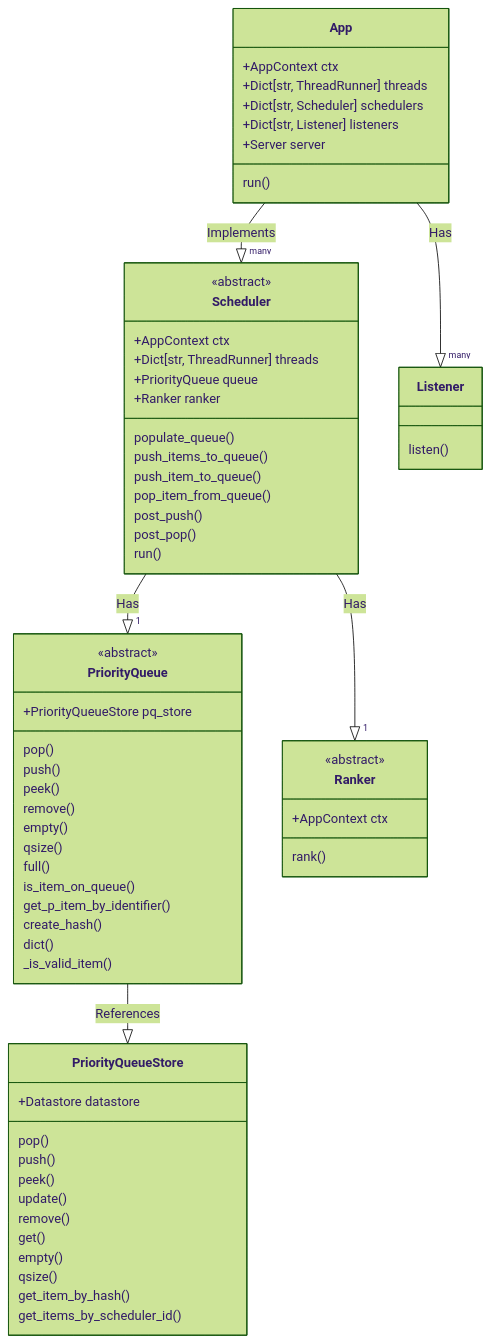
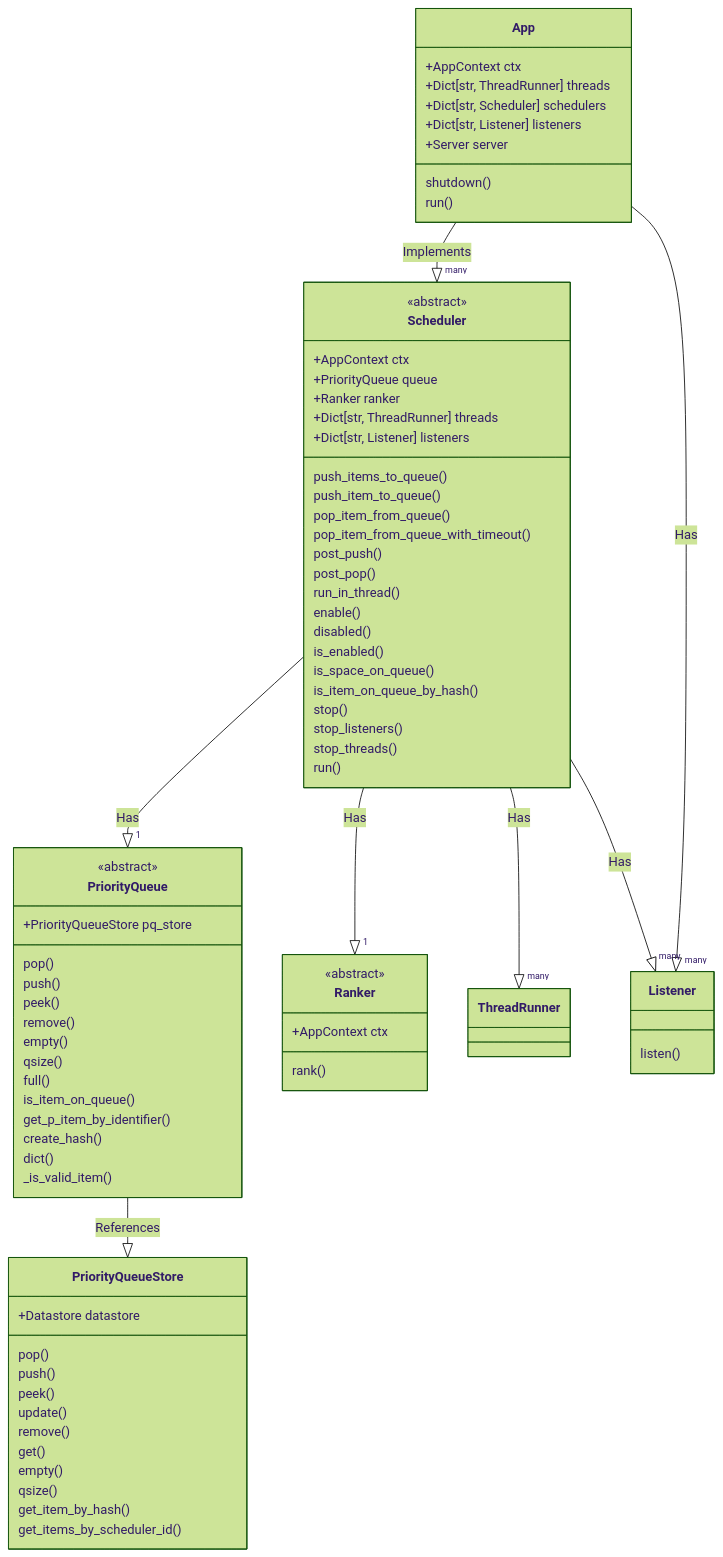
The eighth of 8 diagrams in mula/docs/architecture.md (minvws/nl-kat-coordination), drawn with Mermaid (forest theme) before and after one commit. The commit also changed other lines of this file and 2 other files, not shown here.

Commit message:
Update arch doc and docstrings

````diff
--- a/mula/docs/architecture.md
+++ b/mula/docs/architecture.md
@@ -504,21 +504,32 @@
         +Dict[str, Scheduler] schedulers
         +Dict[str, Listener] listeners
         +Server server
+        shutdown()
         run()
     }
 
     class Scheduler {
         <<abstract>>
         +AppContext ctx
-        +Dict[str, ThreadRunner] threads
         +PriorityQueue queue
         +Ranker ranker
-        populate_queue()
+        +Dict[str, ThreadRunner] threads
+        +Dict[str, Listener] listeners
         push_items_to_queue()
         push_item_to_queue()
         pop_item_from_queue()
+        pop_item_from_queue_with_timeout()
         post_push()
         post_pop()
+        run_in_thread()
+        enable()
+        disabled()
+        is_enabled()
+        is_space_on_queue()
+        is_item_on_queue_by_hash()
+        stop()
+        stop_listeners()
+        stop_threads()
         run()
     }
 
@@ -559,7 +570,6 @@
         rank()
     }
 
-
     class Listener {
         listen()
     }
@@ -569,6 +579,8 @@
 
     Scheduler --|> "1" PriorityQueue : Has
     Scheduler --|> "1" Ranker : Has
+    Scheduler --|> "many" ThreadRunner : Has
+    Scheduler --|> "many" Listener : Has
 
     PriorityQueue --|> PriorityQueueStore: References
 ```
````
